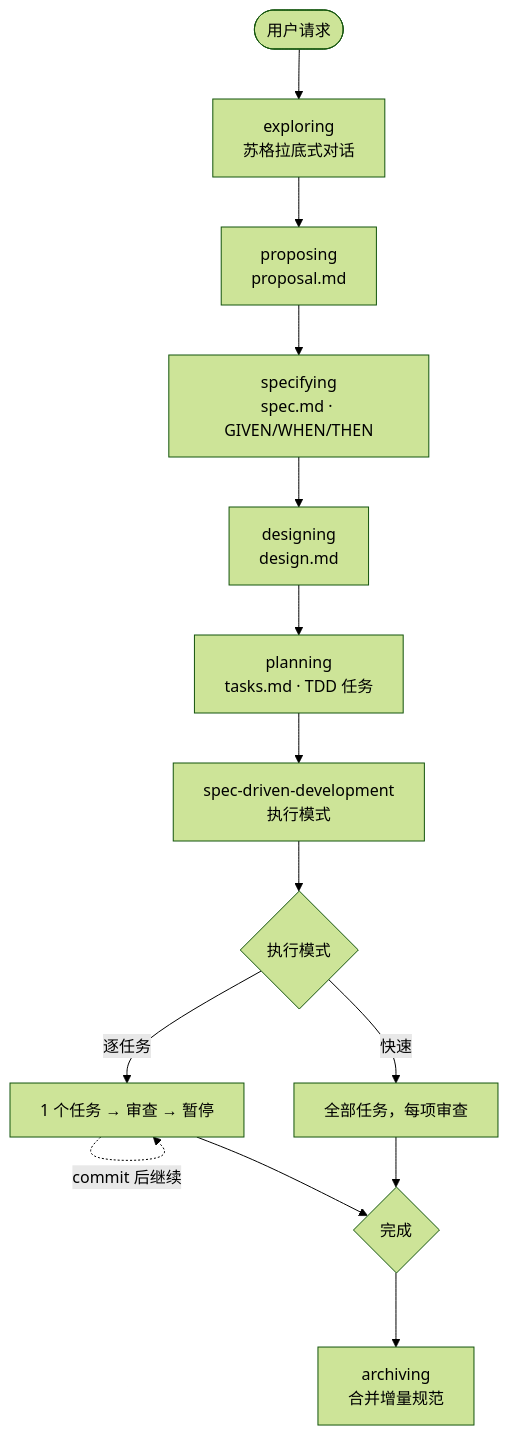
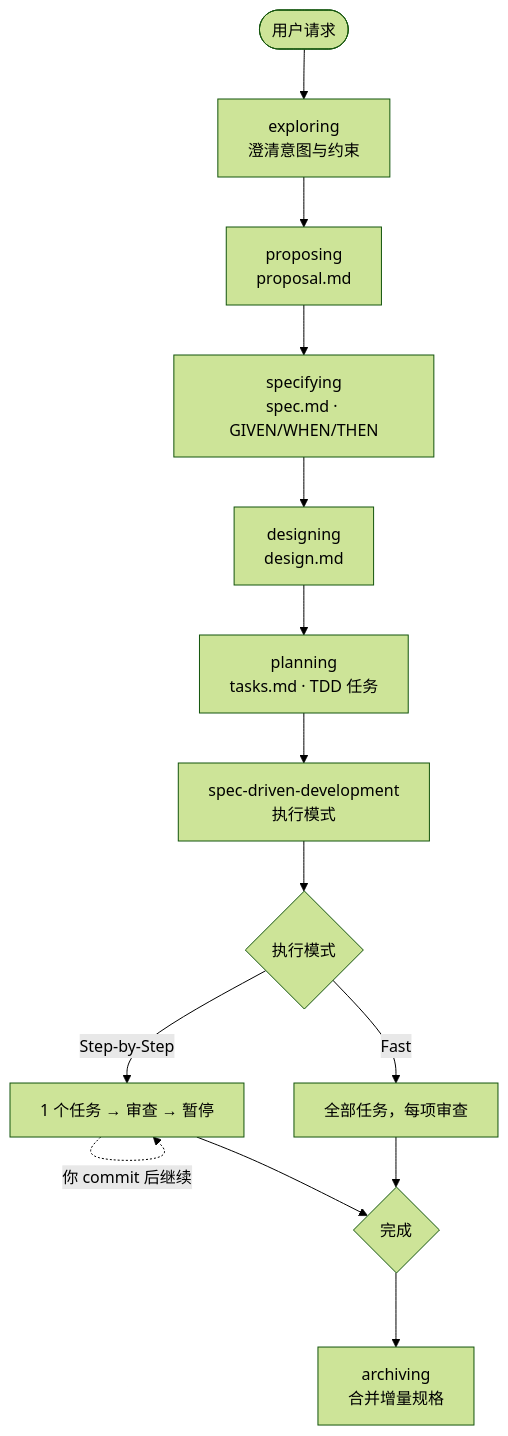
Before and after one commit to NSObjects/specpowers: the first of 2 diagrams in README.zh-CN.md, drawn with Mermaid (forest theme). The commit also changed other lines of this file and 22 other files, not shown here.

````diff
--- a/README.zh-CN.md
+++ b/README.zh-CN.md
@@ -43,16 +46,16 @@
 ```mermaid
 flowchart TD
-    Start([用户请求]) --> Exploring[exploring<br/>苏格拉底式对话]
+    Start([用户请求]) --> Exploring[exploring<br/>澄清意图与约束]
     Exploring --> Proposing[proposing<br/>proposal.md]
     Proposing --> Specifying[specifying<br/>spec.md · GIVEN/WHEN/THEN]
     Specifying --> Designing[designing<br/>design.md]
     Designing --> Planning[planning<br/>tasks.md · TDD 任务]
     Planning --> Execution[spec-driven-development<br/>执行模式]
     Execution --> Choice{执行模式}
-    Choice -->|逐任务| Step[1 个任务 → 审查 → 暂停]
-    Choice -->|快速| Fast[全部任务，每项审查]
-    Step -.->|commit 后继续| Step
+    Choice -->|Step-by-Step| Step[1 个任务 → 审查 → 暂停]
+    Choice -->|Fast| Fast[全部任务，每项审查]
+    Step -.->|你 commit 后继续| Step
     Step --> Done
     Fast --> Done
-    Done{完成} --> Archiving[archiving<br/>合并增量规范]
+    Done{完成} --> Archiving[archiving<br/>合并增量规格]
 ```
````
